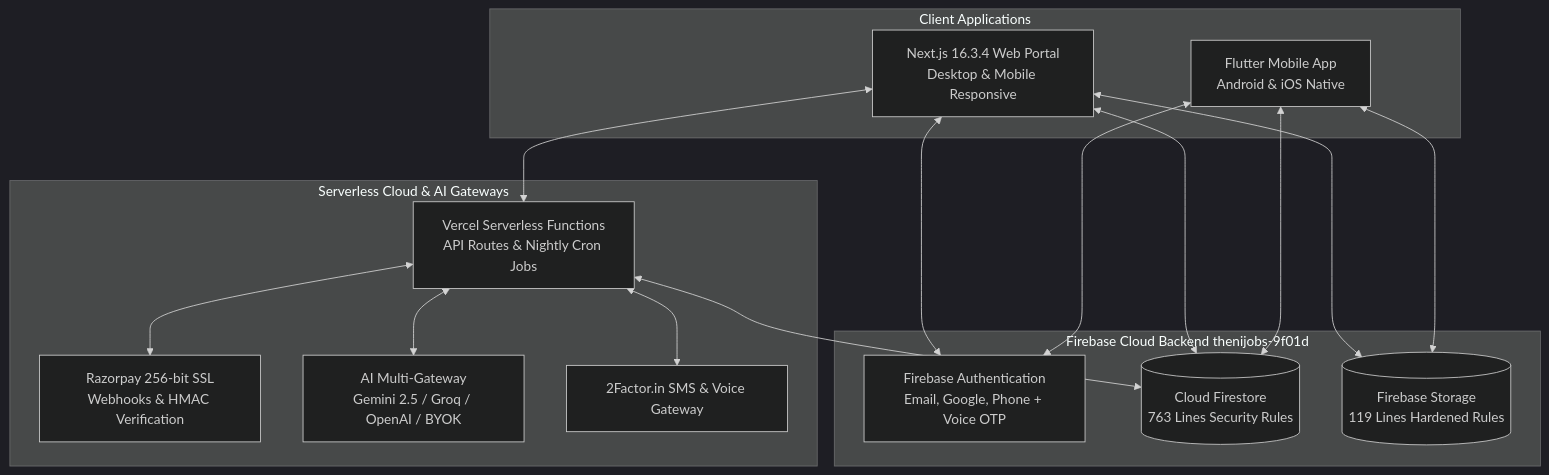
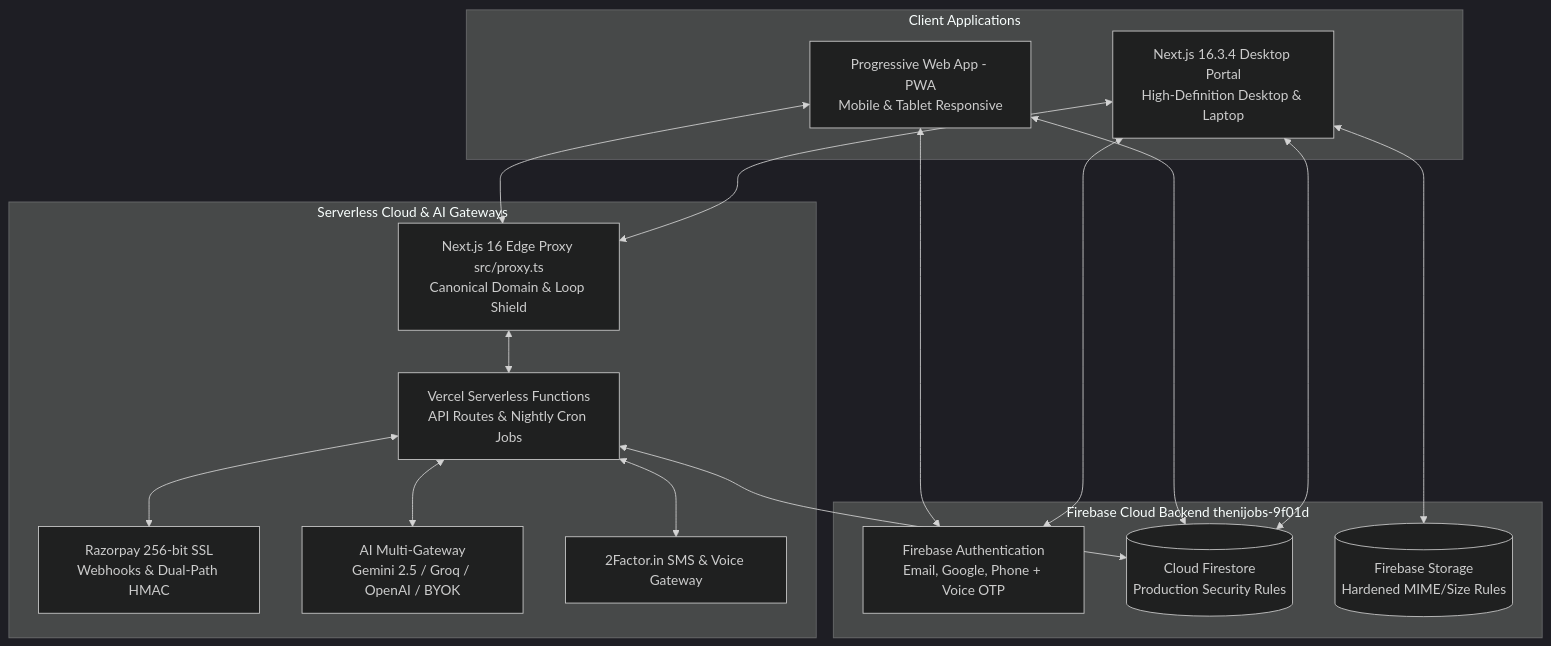
The first of 3 diagrams in TOTAL_FEATURES.md (SRIESWARAN01/thenijobs-web), drawn with Mermaid (dark theme) before and after one commit. The commit also changed other lines of this file and 1 other file, not shown here.

Commit message:
docs(features): reconcile TOTAL_FEATURES.md with active Next.js 16 PWA architecture, 453-test suite, and document 7 new modules

````diff
--- a/TOTAL_FEATURES.md
+++ b/TOTAL_FEATURES.md
@@ -45,32 +46,34 @@
 ```mermaid
 graph TD
     subgraph Client Applications
-        WEB[Next.js 16.3.4 Web Portal<br/>Desktop & Mobile Responsive]
-        APP[Flutter Mobile App<br/>Android & iOS Native]
+        WEB[Next.js 16.3.4 Desktop Portal<br/>High-Definition Desktop & Laptop]
+        PWA[Progressive Web App - PWA<br/>Mobile & Tablet Responsive]
     end
 
     subgraph Firebase Cloud Backend thenijobs-9f01d
         AUTH[Firebase Authentication<br/>Email, Google, Phone + Voice OTP]
-        FS[(Cloud Firestore<br/>763 Lines Security Rules)]
-        STORAGE[(Firebase Storage<br/>119 Lines Hardened Rules)]
+        FS[(Cloud Firestore<br/>Production Security Rules)]
+        STORAGE[(Firebase Storage<br/>Hardened MIME/Size Rules)]
     end
 
     subgraph Serverless Cloud & AI Gateways
+        PROXY[Next.js 16 Edge Proxy src/proxy.ts<br/>Canonical Domain & Loop Shield]
         VERCEL[Vercel Serverless Functions<br/>API Routes & Nightly Cron Jobs]
-        RAZORPAY[Razorpay 256-bit SSL<br/>Webhooks & HMAC Verification]
+        RAZORPAY[Razorpay 256-bit SSL<br/>Webhooks & Dual-Path HMAC]
         AI[AI Multi-Gateway<br/>Gemini 2.5 / Groq / OpenAI / BYOK]
         TWOFAC[2Factor.in SMS & Voice Gateway]
     end
 
+    WEB <--> PROXY
+    PWA <--> PROXY
+    PROXY <--> VERCEL
     WEB <--> AUTH
     WEB <--> FS
     WEB <--> STORAGE
-    WEB <--> VERCEL
-    APP <--> AUTH
-    APP <--> FS
-    APP <--> STORAGE
+    PWA <--> AUTH
+    PWA <--> FS
     VERCEL <--> FS
     VERCEL <--> RAZORPAY
     VERCEL <--> AI
     VERCEL <--> TWOFAC
 ```
````
